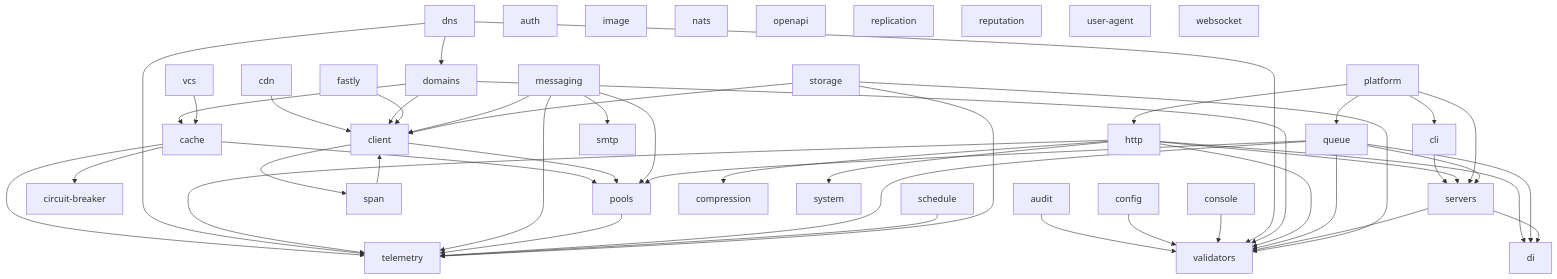
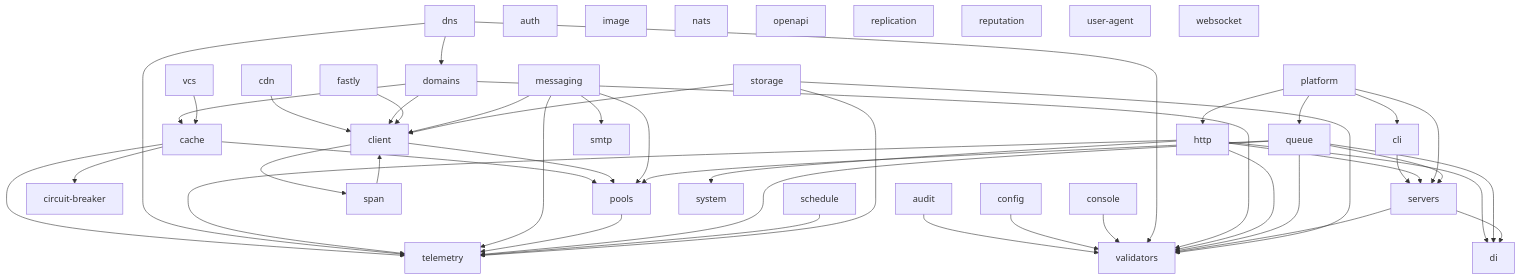
The diagram in README.md (Neekoras/monorepo), drawn with Mermaid before and after one commit. The commit also changed other lines of this file and 32 other files, not shown here.

````diff
--- a/README.md
+++ b/README.md
@@ -50,56 +52,55 @@
 ```mermaid
 graph TD
     audit --> validators
     cache --> circuit-breaker
     cache --> pools
     cache --> telemetry
     cdn --> client
     cli --> servers
     client --> pools
     client --> span
     config --> validators
     console --> validators
     dns --> telemetry
     dns --> validators
     dns --> domains
     domains --> client
     domains --> validators
     domains --> cache
     fastly --> client
     http --> di
     http --> servers
-    http --> compression
     http --> telemetry
     http --> validators
     http --> system
     messaging --> client
     messaging --> pools
     messaging --> smtp
     messaging --> telemetry
     platform --> cli
     platform --> http
     platform --> queue
     platform --> servers
     pools --> telemetry
     queue --> di
     queue --> servers
     queue --> pools
     queue --> telemetry
     queue --> validators
     schedule --> telemetry
     servers --> di
     servers --> validators
     span --> client
     storage --> telemetry
     storage --> validators
     storage --> client
     vcs --> cache
     auth
     image
     nats
     openapi
     replication
     reputation
     user-agent
     websocket
 ```
````
